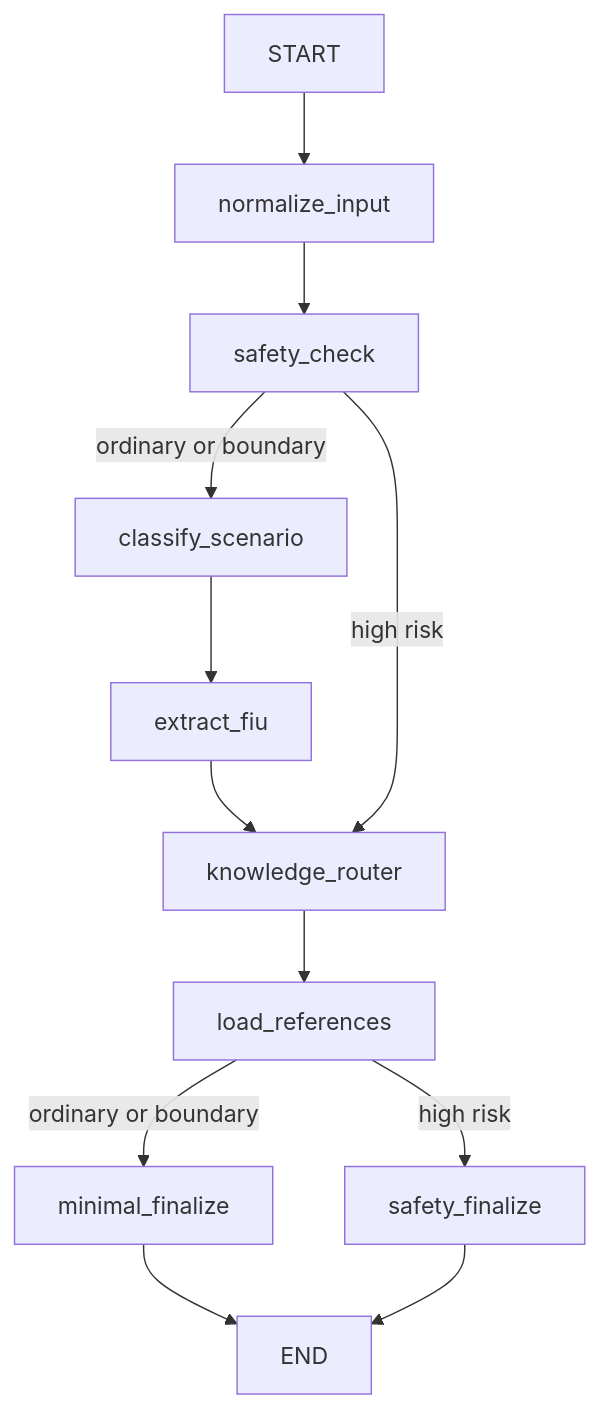
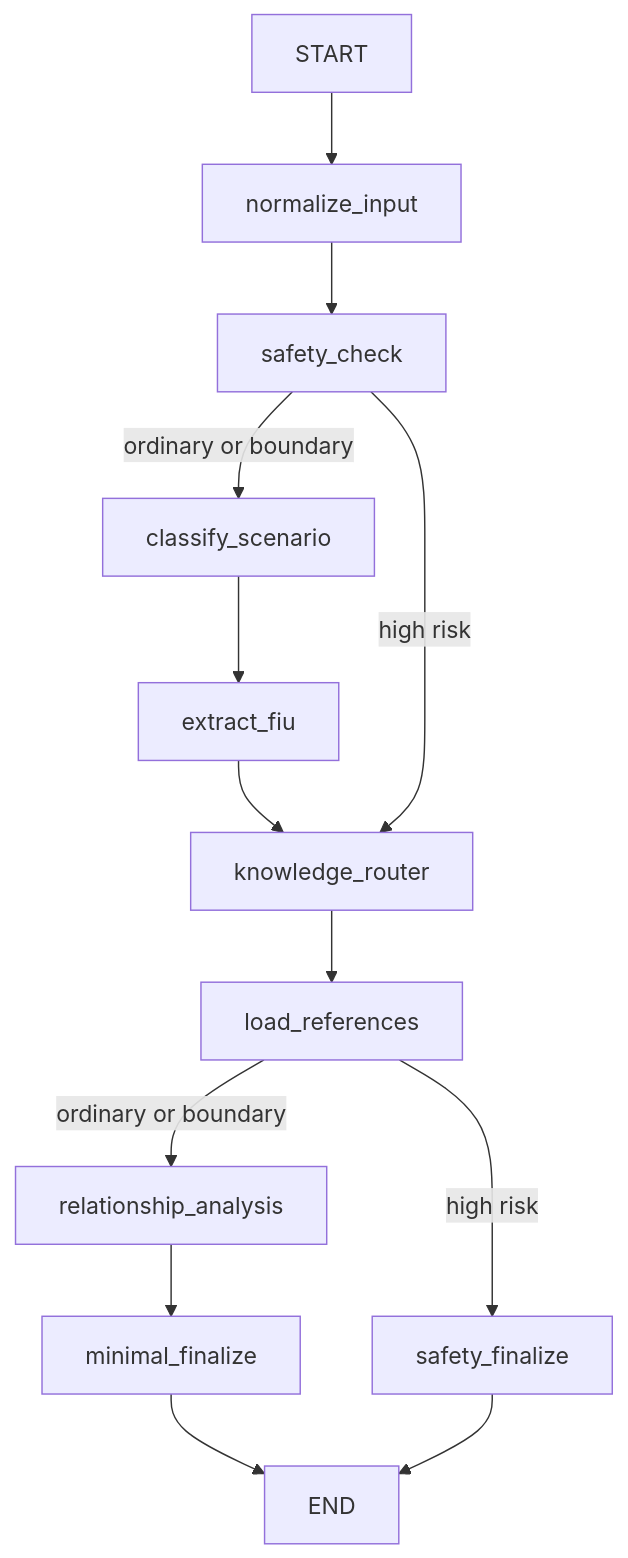
One commit to Lack666/goutouapp changed the diagram in docs/AGENT_RUNTIME.md. Above: the diagram before and after it, drawn with Mermaid. The commit also changed other lines of this file and 21 other files, not shown here.

Commit message:
feat: add Phase 3E grounded relationship analysis runtime

````diff
--- a/docs/AGENT_RUNTIME.md
+++ b/docs/AGENT_RUNTIME.md
@@ -150,9 +152,9 @@
 ```mermaid
 flowchart TD
   START --> normalize_input --> safety_check
   safety_check -->|ordinary or boundary| classify_scenario --> extract_fiu --> knowledge_router
   safety_check -->|high risk| knowledge_router
   knowledge_router --> load_references
-  load_references -->|ordinary or boundary| minimal_finalize --> END
+  load_references -->|ordinary or boundary| relationship_analysis --> minimal_finalize --> END
   load_references -->|high risk| safety_finalize --> END
 ```
````
